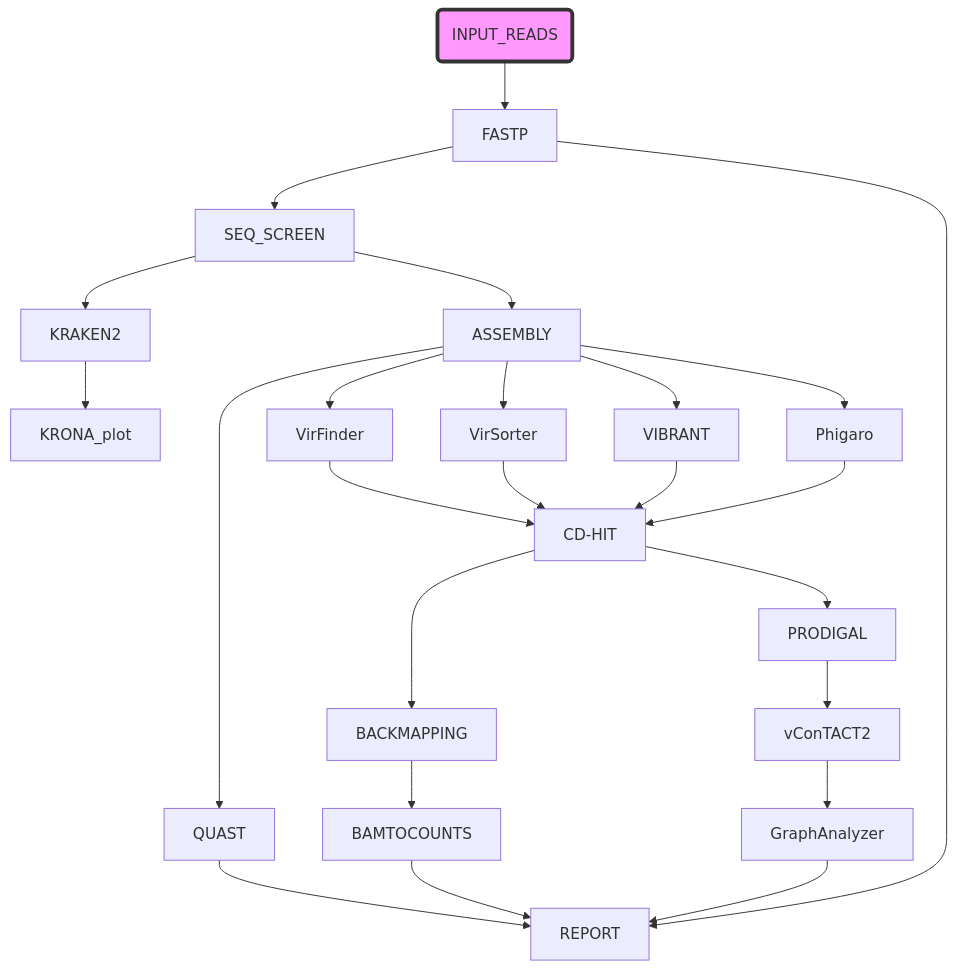
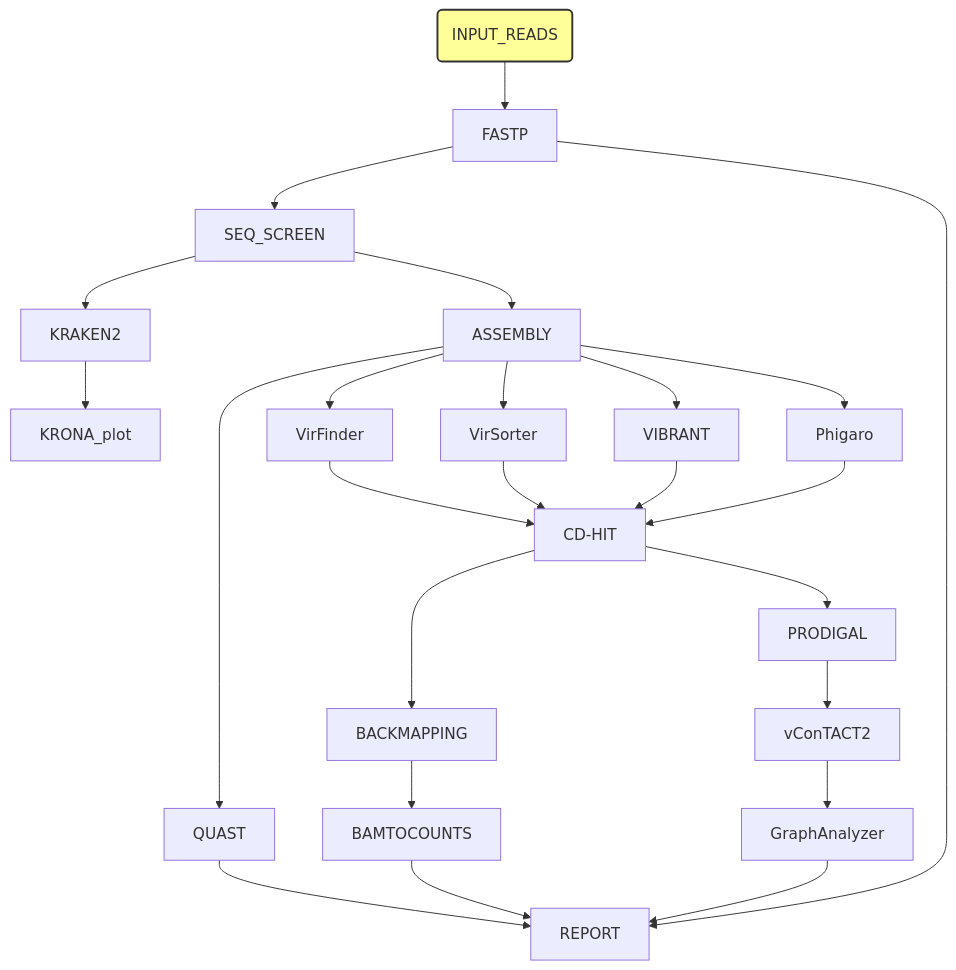
The diagram in README.md (telatin/magflow), drawn with Mermaid before and after one commit.

````diff
--- a/README.md
+++ b/README.md
@@ -3,27 +3,27 @@
 ```mermaid
 graph TD;
- style input fill:#f9f,stroke:#333,stroke-width:4px
+ style input fill:#ff9,stroke:#333,stroke-width:2px
  input(INPUT_READS) --> FASTP;
  FASTP --> SEQ_SCREEN;
  SEQ_SCREEN --> KRAKEN2;
  KRAKEN2 --> KRONA_plot;
  SEQ_SCREEN --> ASSEMBLY;
  ASSEMBLY --> QUAST;
  ASSEMBLY --> VirFinder;
  ASSEMBLY --> VirSorter;
  ASSEMBLY --> VIBRANT;
  ASSEMBLY --> Phigaro;
  VirFinder --> CD-HIT;
  VirSorter --> CD-HIT ;
  VIBRANT --> CD-HIT ;
  Phigaro --> CD-HIT ;
  CD-HIT --> BACKMAPPING;
  BACKMAPPING --> BAMTOCOUNTS;
  CD-HIT --> PRODIGAL;
  PRODIGAL --> vConTACT2;
  vConTACT2 --> GraphAnalyzer;
  GraphAnalyzer --> REPORT;
  BAMTOCOUNTS --> REPORT;
  FASTP --> REPORT;
  QUAST --> REPORT;
 ```
````
